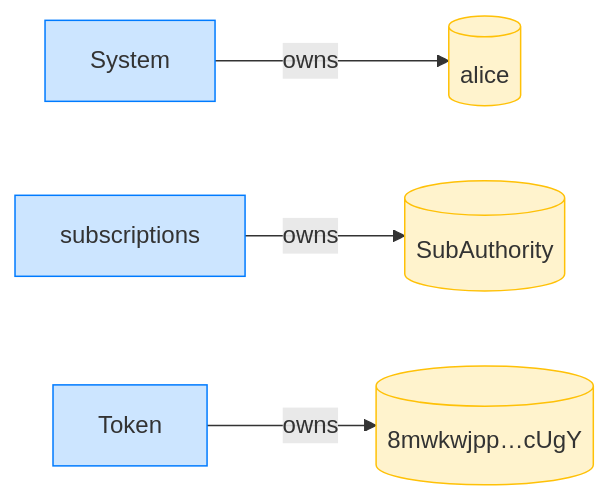
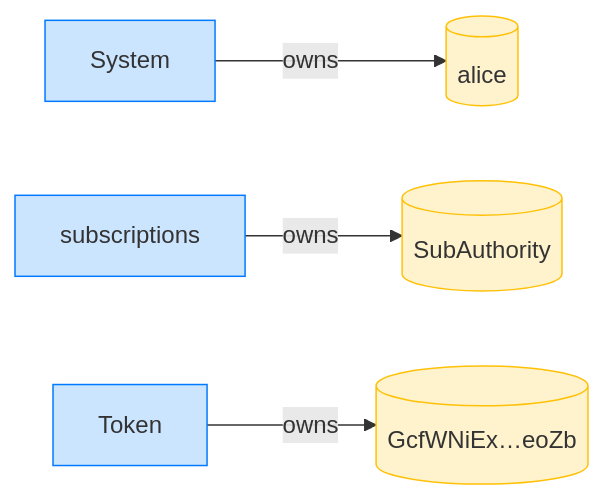
Before and after one commit to cds-rs/subscriptions: the fourth of 12 diagrams in dsl_tests/fixed-transfer-after-expiry-is-refused.md, drawn with Mermaid. The commit also changed other lines of this file and 224 other files, not shown here.

````diff
--- a/dsl_tests/fixed-transfer-after-expiry-is-refused.md
+++ b/dsl_tests/fixed-transfer-after-expiry-is-refused.md
@@ -73,14 +78,14 @@
 ```mermaid
 flowchart LR
     classDef owner fill:#cce5ff,stroke:#007bff;
     classDef account fill:#fff3cd,stroke:#ffc107;
     System[System]:::owner
     alice[(alice)]:::account
     subscriptions[subscriptions]:::owner
     SubAuthority[(SubAuthority)]:::account
     Token[Token]:::owner
-    8mwkwjpp_cUgY[("8mwkwjpp…cUgY")]:::account
+    GcfWNiEx_eoZb[("GcfWNiEx…eoZb")]:::account
     System -->|owns| alice
     subscriptions -->|owns| SubAuthority
-    Token -->|owns| 8mwkwjpp_cUgY
+    Token -->|owns| GcfWNiEx_eoZb
 ```
````
